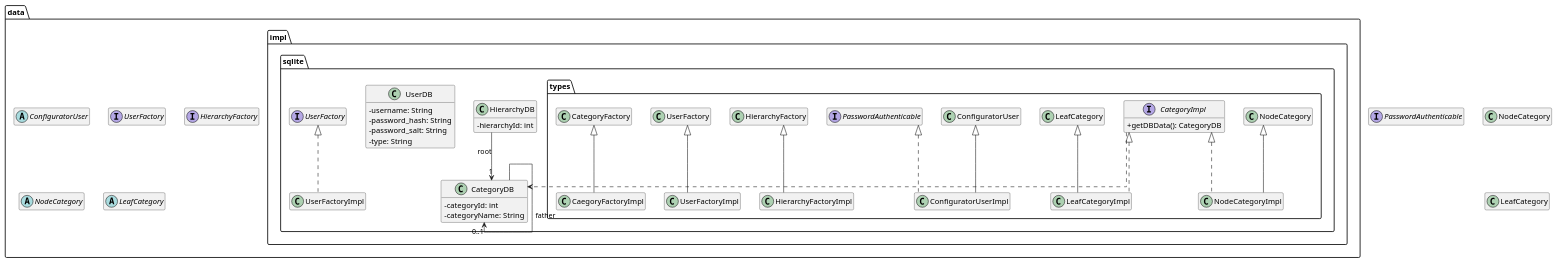
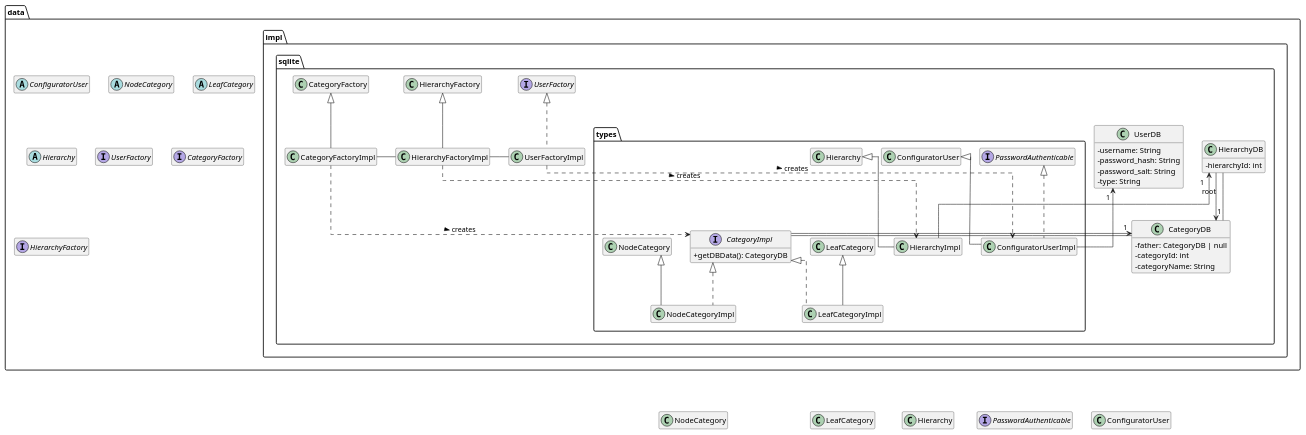
The diagram in DOC/VER1/diagrams/class/class_diagram_db.puml (Matlice/ing_sw_2022), drawn with PlantUML before and after one commit. The commit also changed 7 other files, not shown here.

Commit message:
finished up diagrams

```diff
--- a/DOC/VER1/diagrams/class/class_diagram_db.puml
+++ b/DOC/VER1/diagrams/class/class_diagram_db.puml
@@ -1,68 +1,87 @@
 @startuml
 
 skinparam ClassAttributeIconSize 0
 'skinparam groupInheritance 2
 skinparam linetype ortho
 hide empty members
 
 interface PasswordAuthenticable
 
 package data #FFFFFF {
     abstract class ConfiguratorUser
-    interface UserFactory
-    interface HierarchyFactory
-
     abstract class NodeCategory
     abstract class LeafCategory
+    abstract class Hierarchy
+
+    interface UserFactory
+    interface CategoryFactory
+    interface HierarchyFactory
 
     package impl.sqlite #FFFFFF {
         
         class CategoryDB {
+            - father: CategoryDB | null
             - categoryId: int
             - categoryName: String
         }
 
         class HierarchyDB {
             - hierarchyId: int
         }
 
         class UserDB {
             - username: String
             - password_hash: String
             - password_salt: String
             - type: String
         }
 
-        class UserFactoryImpl implements UserFactory {
+        class UserFactoryImpl implements UserFactory {}
+        class HierarchyFactoryImpl extends HierarchyFactory
+        class CategoryFactoryImpl extends CategoryFactory
 
-        }
-
-        package types {
+        package types #FFFFFF {
             interface CategoryImpl {
                 + getDBData(): CategoryDB
             }
 
             class NodeCategoryImpl extends NodeCategory implements CategoryImpl
             class LeafCategoryImpl extends LeafCategory implements CategoryImpl
-
             class ConfiguratorUserImpl extends ConfiguratorUser implements PasswordAuthenticable
-
-            class HierarchyFactoryImpl extends HierarchyFactory
-            class UserFactoryImpl extends UserFactory
-            class CaegoryFactoryImpl extends CategoryFactory
-
+            class HierarchyImpl extends Hierarchy
         }
 
     }
 
 }
 
-CategoryDB --> "0..1" CategoryDB: father
+UserFactoryImpl ..> ConfiguratorUserImpl: creates >
+HierarchyFactoryImpl ..> HierarchyImpl: creates >
+CategoryFactoryImpl ..> CategoryImpl: creates >
+
+CategoryImpl -up-> "1" CategoryDB
+ConfiguratorUserImpl -up-> "1" UserDB
+HierarchyImpl -up-> "1" HierarchyDB
+
 HierarchyDB --> "1" CategoryDB: root
 
-CategoryImpl ..> CategoryDB
+CategoryImpl -right[hidden]- HierarchyImpl
+HierarchyImpl -right[hidden]- ConfiguratorUserImpl
+HierarchyImpl -down[hidden]--- Hierarchy
 
-NodeCategory -[hidden]-> LeafCategory
+CategoryDB -right- CategoryImpl
+HierarchyDB -down- CategoryDB
+HierarchyFactoryImpl -right- UserFactoryImpl
+CategoryFactoryImpl -right- HierarchyFactoryImpl
+
+'CategoryDB -right[hidden]- HierarchyDB
+'HierarchyDB -right[hidden]- UserDB
+
+LeafCategoryImpl -down[hidden]-- LeafCategory
+NodeCategoryImpl -down[hidden]-- NodeCategory
+ConfiguratorUserImpl -down[hidden]--- ConfiguratorUser
+
+ConfiguratorUserImpl -down[hidden]--- PasswordAuthenticable
 
 
 @enduml
```
